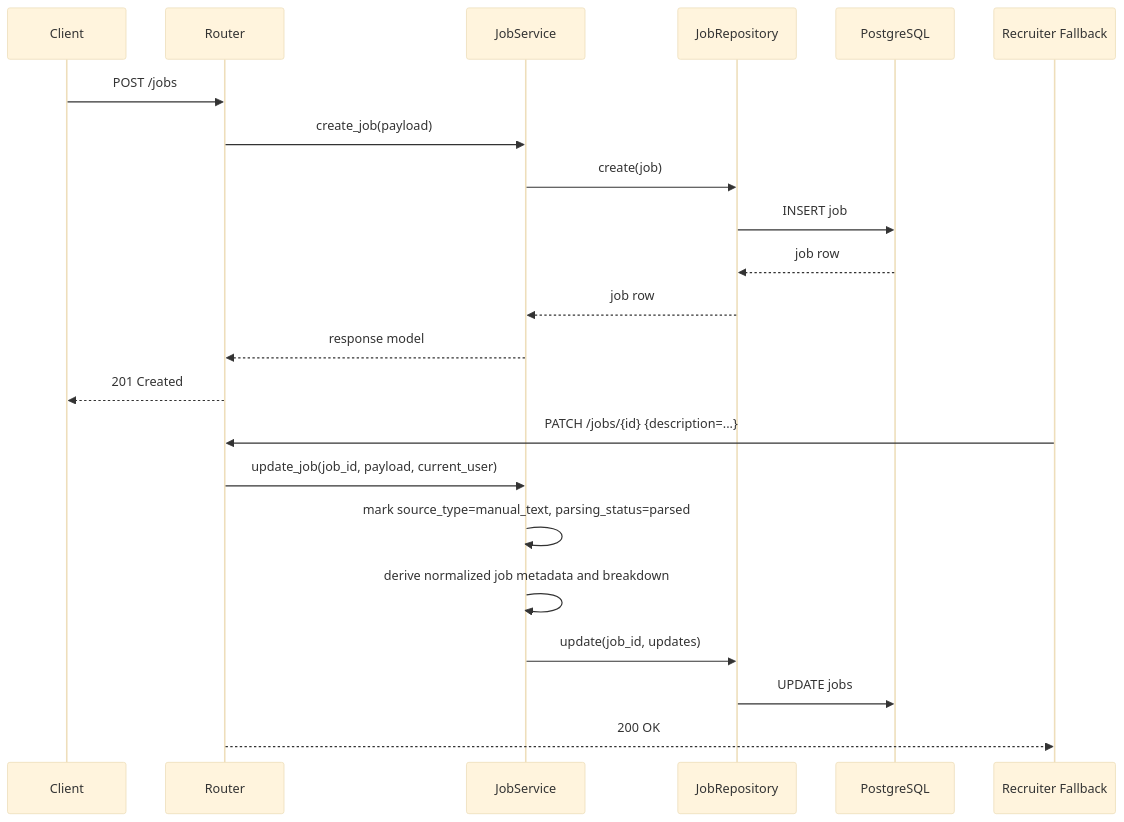
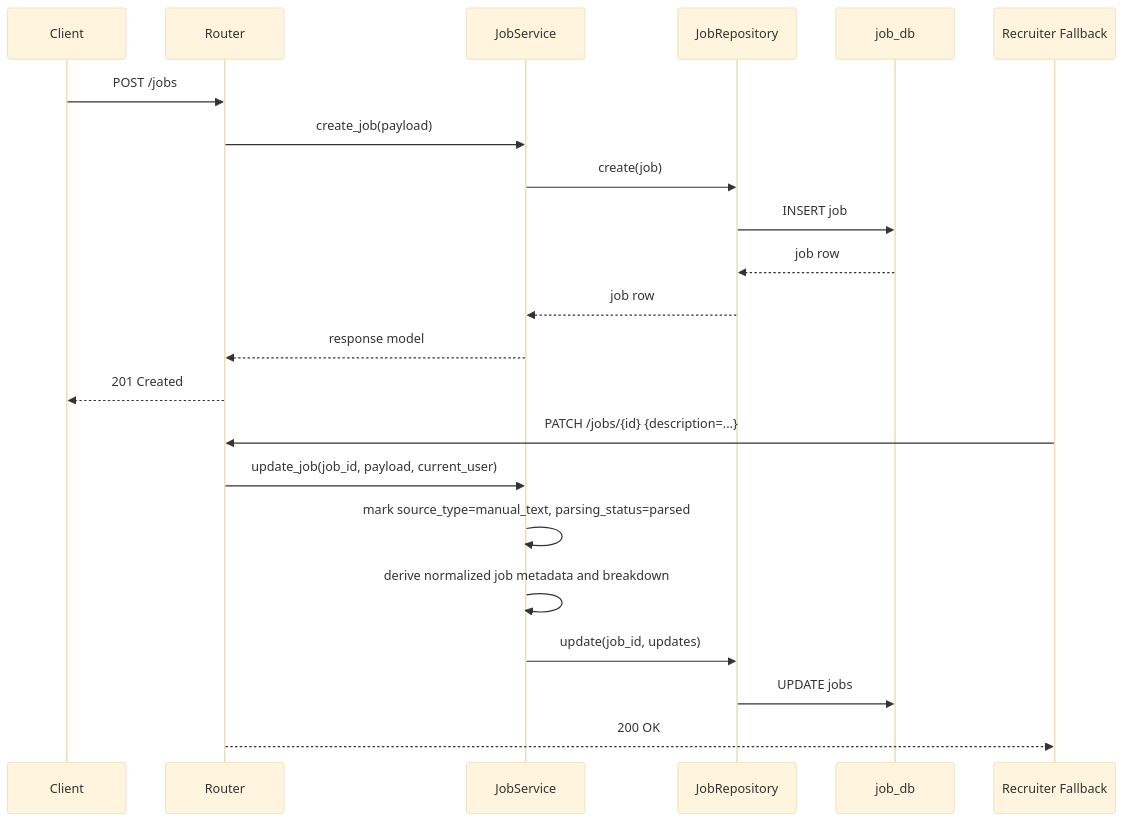
Before and after one commit to afnan-emumba/smart-hire: the second of 8 diagrams in docs/SERVICES.md, drawn with Mermaid (base theme). The commit also changed other lines of this file and 75 other files, not shown here.

````diff
--- a/docs/SERVICES.md
+++ b/docs/SERVICES.md
@@ -73,26 +83,26 @@
 ```mermaid
 sequenceDiagram
     participant Client
     participant Router
     participant Service as JobService
     participant Repo as JobRepository
-    participant DB as PostgreSQL
+    participant DB as job_db
     participant ClientFallback as Recruiter Fallback
 
     Client->>Router: POST /jobs
     Router->>Service: create_job(payload)
     Service->>Repo: create(job)
     Repo->>DB: INSERT job
     DB-->>Repo: job row
     Repo-->>Service: job row
     Service-->>Router: response model
     Router-->>Client: 201 Created
 
     ClientFallback->>Router: PATCH /jobs/{id} {description=...}
     Router->>Service: update_job(job_id, payload, current_user)
     Service->>Service: mark source_type=manual_text, parsing_status=parsed
     Service->>Service: derive normalized job metadata and breakdown
     Service->>Repo: update(job_id, updates)
     Repo->>DB: UPDATE jobs
     Router-->>ClientFallback: 200 OK
 ```
````
